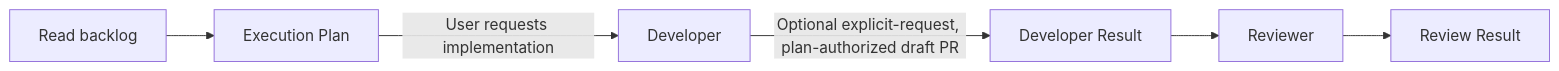
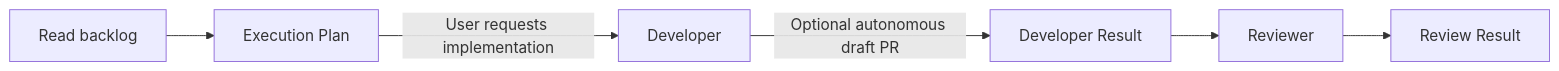
The diagram in docs/agents/simple-delivery.md (lfarci/loganfarci.com), drawn with Mermaid before and after one commit. The commit also changed other lines of this file and 2 other files, not shown here.

Commit message:
fix(agents): allow autonomous draft PRs

````diff
--- a/docs/agents/simple-delivery.md
+++ b/docs/agents/simple-delivery.md
@@ -32,8 +32,8 @@
 ```mermaid
 flowchart LR
     B[Read backlog] --> P[Execution Plan]
     P -->|User requests implementation| D[Developer]
-    D -->|Optional explicit-request, plan-authorized draft PR| R[Developer Result]
+    D -->|Optional autonomous draft PR| R[Developer Result]
     R --> V[Reviewer]
     V --> O[Review Result]
 ```
````
